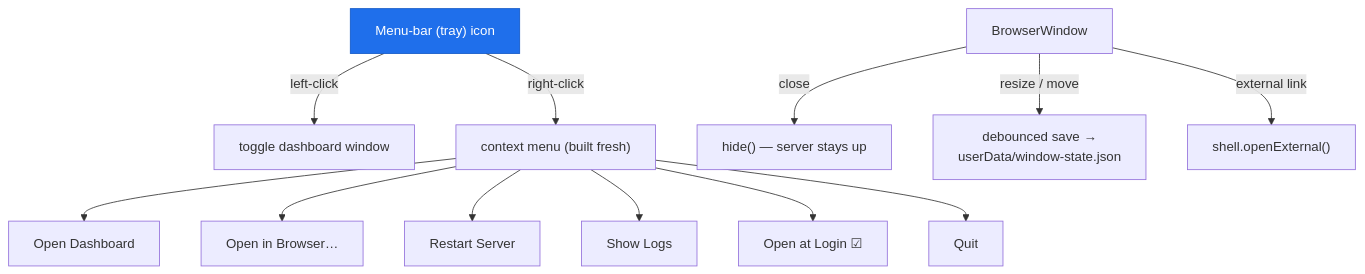
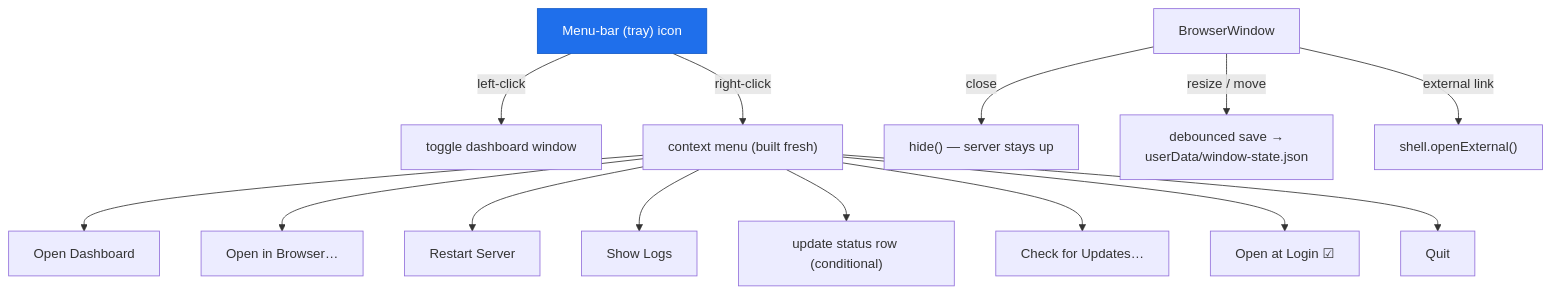
Before and after one commit to buluma/Code-Agent-Monitor: the seventh of 15 diagrams in desktop/README.md, drawn with Mermaid. The commit also changed other lines of this file and 12 other files, not shown here.

````diff
--- a/desktop/README.md
+++ b/desktop/README.md
@@ -374,20 +375,22 @@
 ```mermaid
 flowchart TD
     tray["Menu-bar (tray) icon"]
     tray -->|left-click| toggle["toggle dashboard window"]
     tray -->|right-click| menu["context menu (built fresh)"]
 
     menu --> m1["Open Dashboard"]
     menu --> m2["Open in Browser…"]
     menu --> m3["Restart Server"]
     menu --> m4["Show Logs"]
+    menu --> m4a["update status row (conditional)"]
+    menu --> m4b["Check for Updates…"]
     menu --> m5["Open at Login ☑"]
     menu --> m6["Quit"]
 
     win["BrowserWindow"]
     win -->|"close"| hide["hide() — server stays up"]
     win -->|"resize / move"| persist["debounced save →<br/>userData/window-state.json"]
     win -->|"external link"| ext["shell.openExternal()"]
 
     style tray fill:#1f6feb,stroke:#1158c7,color:#fff
 ```
````
